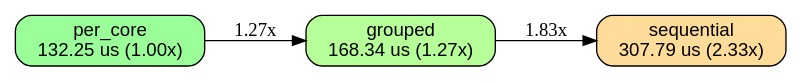
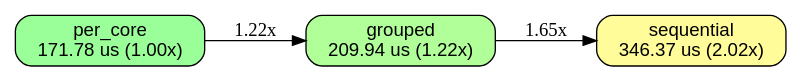
The diagram in docs/BENCHES.accumulator_grouped.w4_g8_n65536.linux-x86_64-c4-container-intel.dot (orgrinrt/hilavitkutin), drawn with Graphviz before and after one commit. The commit also changed 36 other files, not shown here.

```diff
--- a/docs/BENCHES.accumulator_grouped.w4_g8_n65536.linux-x86_64-c4-container-intel.dot
+++ b/docs/BENCHES.accumulator_grouped.w4_g8_n65536.linux-x86_64-c4-container-intel.dot
@@ -1,16 +1,16 @@
 // AUTO-GENERATED: DO NOT EDIT DIRECTLY
 //
 // Generated by: mockspace (mock)
-// Generated at: 2026-11-19T21:47:04Z
+// Generated at: 2026-11-19T22:15:46Z
 // Source: mock/
 // To regenerate: cargo mock
 
 digraph "accumulator_grouped/w4_g8_n65536 on linux-x86_64-c4-container-intel" {
   rankdir=LR;
   node [shape=box, style="rounded,filled", fontname="Helvetica"];
-  v0 [label="per_core\n132.25 us (1.00x)", fillcolor="0.330 0.4 1.0"];
-  v1 [label="grouped\n168.34 us (1.27x)", fillcolor="0.285 0.4 1.0"];
-  v2 [label="sequential\n307.79 us (2.33x)", fillcolor="0.111 0.4 1.0"];
-  v0 -> v1 [label="1.27x"];
-  v1 -> v2 [label="1.83x"];
+  v0 [label="per_core\n171.78 us (1.00x)", fillcolor="0.330 0.4 1.0"];
+  v1 [label="grouped\n209.94 us (1.22x)", fillcolor="0.293 0.4 1.0"];
+  v2 [label="sequential\n346.37 us (2.02x)", fillcolor="0.162 0.4 1.0"];
+  v0 -> v1 [label="1.22x"];
+  v1 -> v2 [label="1.65x"];
 }
```
